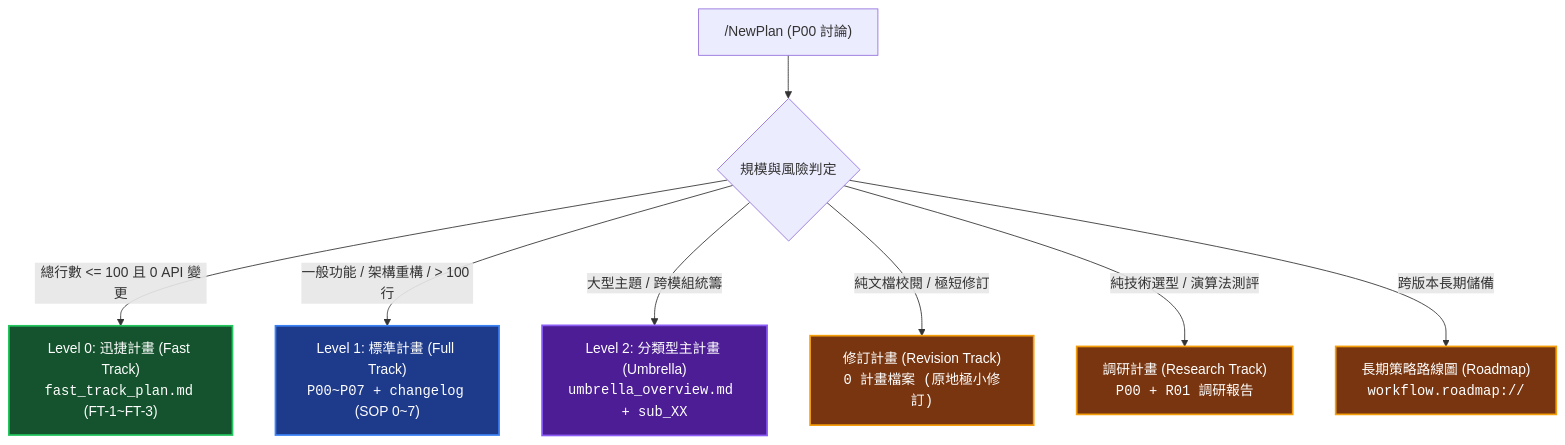
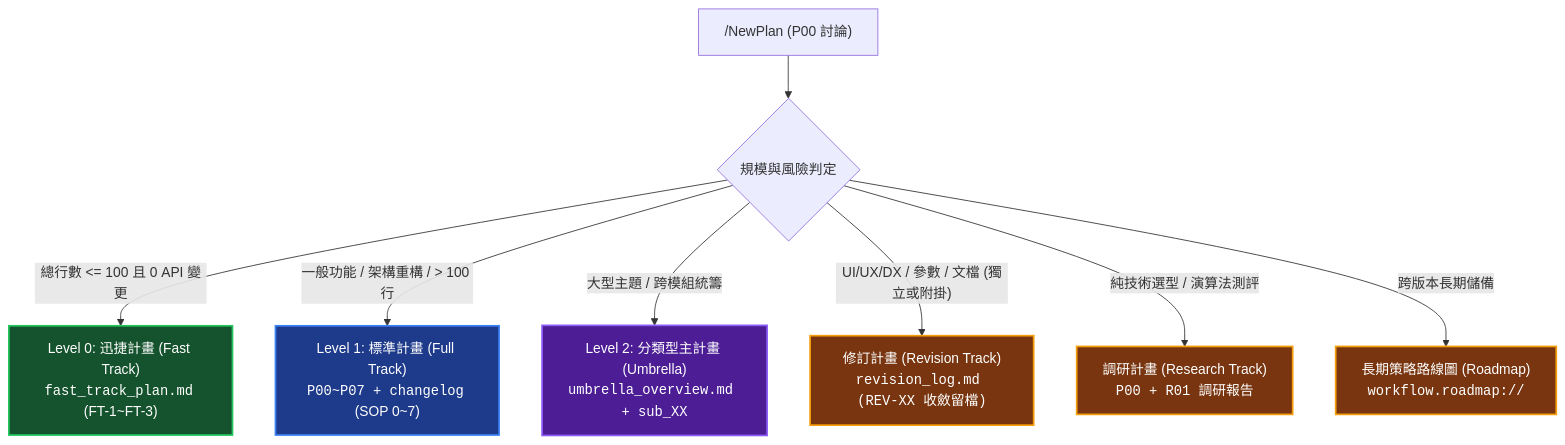
Before and after one commit to ysnaive/ys-codebase: the second of 2 diagrams in ys_codebase/source/agents-workflow/README.md, drawn with Mermaid. The commit also changed 87 other files, not shown here.

````diff
--- a/ys_codebase/source/agents-workflow/README.md
+++ b/ys_codebase/source/agents-workflow/README.md
@@ -85,16 +85,16 @@
 ```mermaid
 graph TD
     classDef l0 fill:#14532d,stroke:#22c55e,stroke-width:2px,color:#fff;
     classDef l1 fill:#1e3a8a,stroke:#3b82f6,stroke-width:2px,color:#fff;
     classDef l2 fill:#4c1d95,stroke:#8b5cf6,stroke-width:2px,color:#fff;
     classDef other fill:#78350f,stroke:#f59e0b,stroke-width:2px,color:#fff;
 
     Start["/NewPlan (P00 討論)"] --> Check{"規模與風險判定"}
     
     Check -- "總行數 <= 100 且 0 API 變更" --> FT["Level 0: 迅捷計畫 (Fast Track)<br/><code>fast_track_plan.md</code> (FT-1~FT-3)"]:::l0
     Check -- "一般功能 / 架構重構 / > 100 行" --> Full["Level 1: 標準計畫 (Full Track)<br/><code>P00~P07 + changelog</code> (SOP 0~7)"]:::l1
     Check -- "大型主題 / 跨模組統籌" --> Umb["Level 2: 分類型主計畫 (Umbrella)<br/><code>umbrella_overview.md + sub_XX</code>"]:::l2
-    Check -- "純文檔校閱 / 極短修訂" --> Rev["修訂計畫 (Revision Track)<br/><code>0 計畫檔案 (原地極小修訂)</code>"]:::other
+    Check -- "UI/UX/DX / 參數 / 文檔 (獨立或附掛)" --> Rev["修訂計畫 (Revision Track)<br/><code>revision_log.md (REV-XX 收斂留檔)</code>"]:::other
     Check -- "純技術選型 / 演算法測評" --> Res["調研計畫 (Research Track)<br/><code>P00 + R01 調研報告</code>"]:::other
     Check -- "跨版本長期儲備" --> Road["長期策略路線圖 (Roadmap)<br/><code>workflow.roadmap://</code>"]:::other
 ```
````
